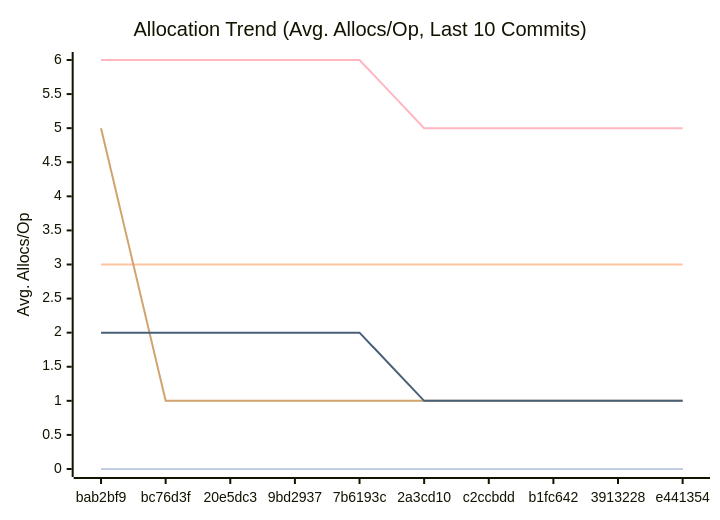
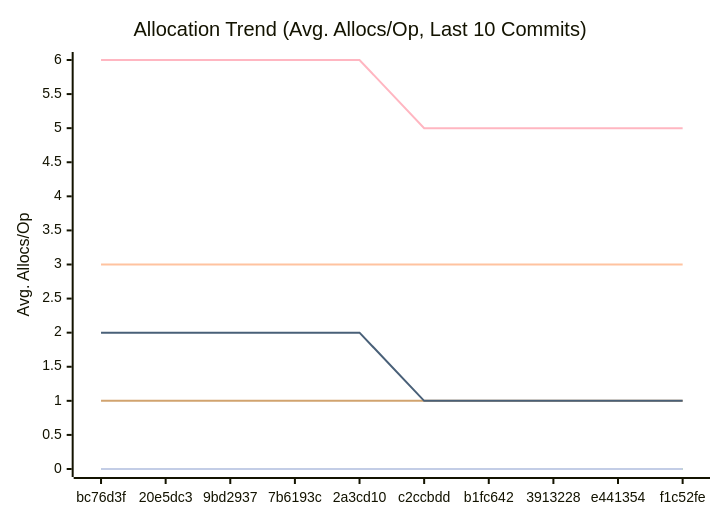
One commit to alsotoes/momo changed the third of 3 diagrams in docs/PERFORMANCE.md. Above: the diagram before and after it, drawn with Mermaid. The commit also changed other lines of this file and 2 other files, not shown here.

````diff
--- a/docs/PERFORMANCE.md
+++ b/docs/PERFORMANCE.md
@@ -114,16 +114,16 @@
 ```mermaid
 xychart-beta
     title "Allocation Trend (Avg. Allocs/Op, Last 10 Commits)"
     x-axis "Commit"
     y-axis "Avg. Allocs/Op"
-    x-axis [bab2bf9,bc76d3f,20e5dc3,9bd2937,7b6193c,2a3cd10,c2ccbdd,b1fc642,3913228,e441354]
+    x-axis [bc76d3f,20e5dc3,9bd2937,7b6193c,2a3cd10,c2ccbdd,b1fc642,3913228,e441354,f1c52fe]
     line "CheckMetricsAndSwap" [0,0,0,0,0,0,0,0,0,0]
     line "CrushOptimized" [0,0,0,0,0,0,0,0,0,0]
     line "CrushOriginal" [3,3,3,3,3,3,3,3,3,3]
     line "IndexDirectTracking" [0,0,0,0,0,0,0,0,0,0]
     line "IndexSearch" [0,0,0,0,0,0,0,0,0,0]
-    line "LoadGlobalConfig" [5,1,1,1,1,1,1,1,1,1]
+    line "LoadGlobalConfig" [1,1,1,1,1,1,1,1,1,1]
     line "PadString" [0,0,0,0,0,0,0,0,0,0]
     line "ParseReplicationOrder_NoPrealloc" [6,6,6,6,6,5,5,5,5,5]
     line "ParseReplicationOrder_Prealloc" [2,2,2,2,2,1,1,1,1,1]
 ```
````
